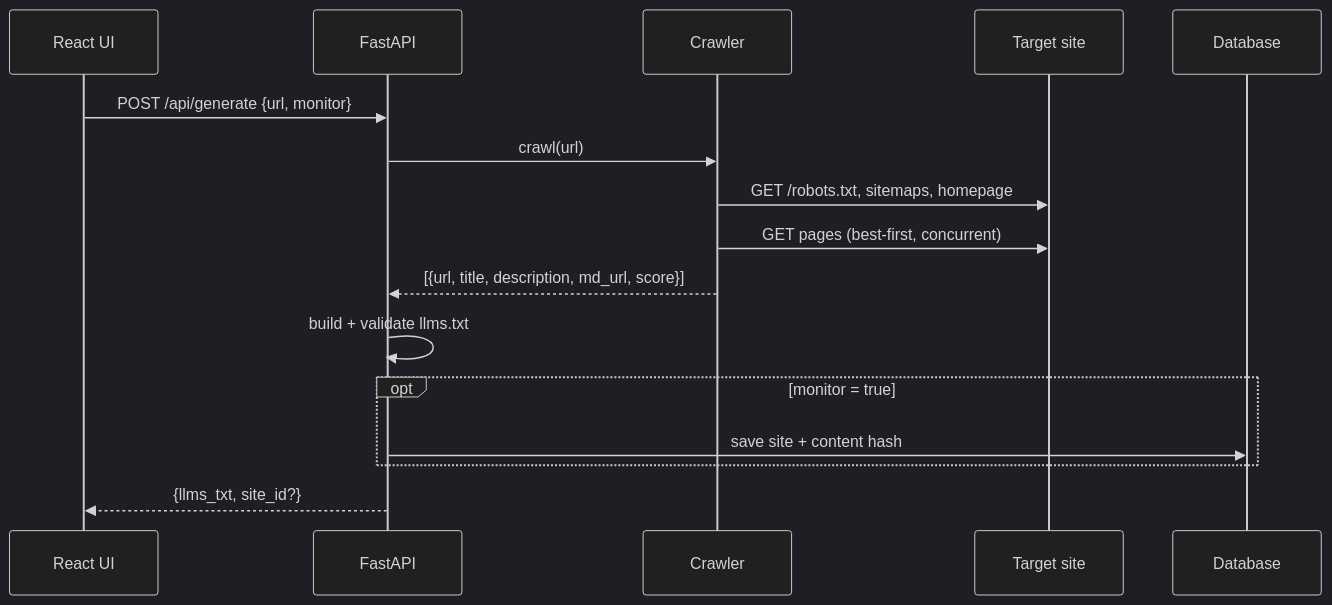
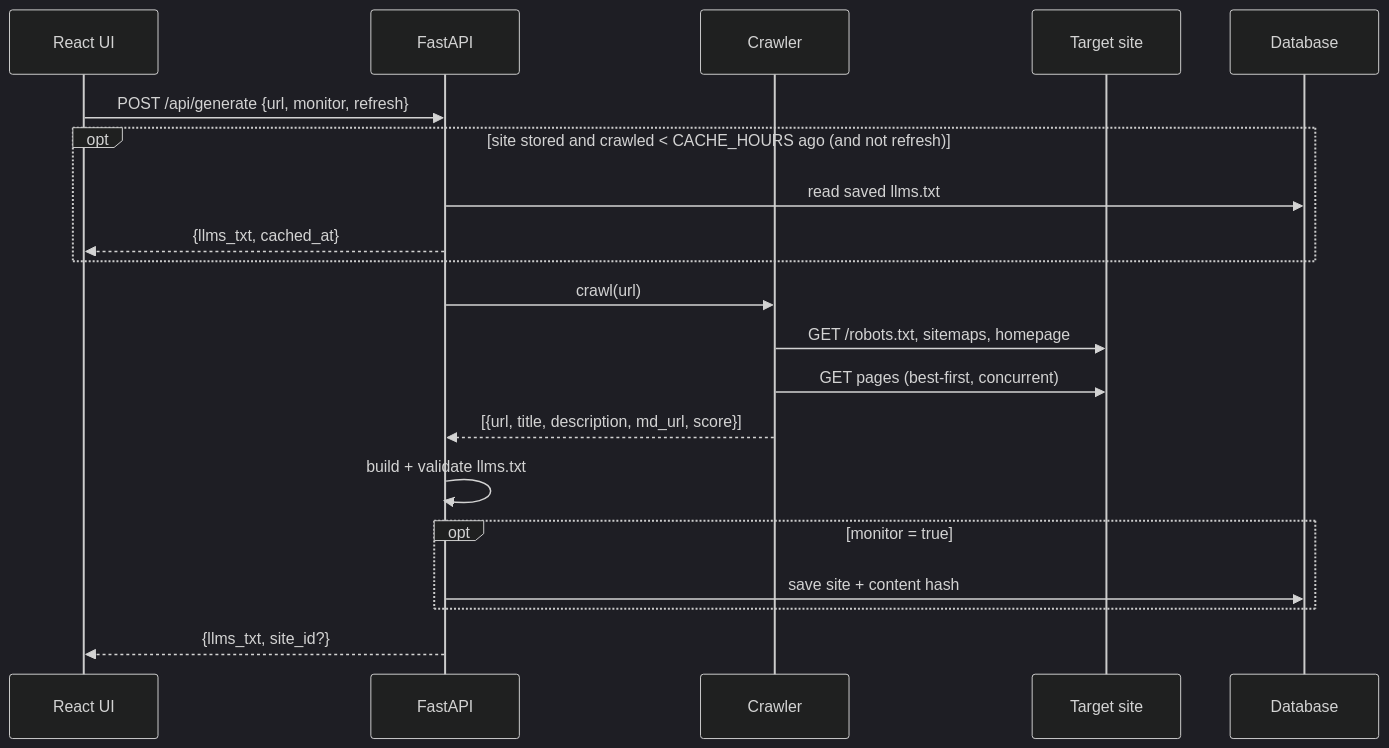
The diagram in docs/architecture.md (nmallekav/llms-txt-nishanth-mallekav), drawn with Mermaid (dark theme) before and after one commit. The commit also changed 9 other files, not shown here.

First line of the commit message:
Return a saved copy for recently crawled sites, with a Regenerate button

````diff
--- a/docs/architecture.md
+++ b/docs/architecture.md
@@ -7,19 +7,23 @@
 ```mermaid
 sequenceDiagram
     participant UI as React UI
     participant API as FastAPI
     participant C as Crawler
     participant S as Target site
     participant DB as Database
 
-    UI->>API: POST /api/generate {url, monitor}
+    UI->>API: POST /api/generate {url, monitor, refresh}
+    opt site stored and crawled < CACHE_HOURS ago (and not refresh)
+        API->>DB: read saved llms.txt
+        API-->>UI: {llms_txt, cached_at}
+    end
     API->>C: crawl(url)
     C->>S: GET /robots.txt, sitemaps, homepage
     C->>S: GET pages (best-first, concurrent)
     C-->>API: [{url, title, description, md_url, score}]
     API->>API: build + validate llms.txt
     opt monitor = true
         API->>DB: save site + content hash
     end
     API-->>UI: {llms_txt, site_id?}
 ```
````
